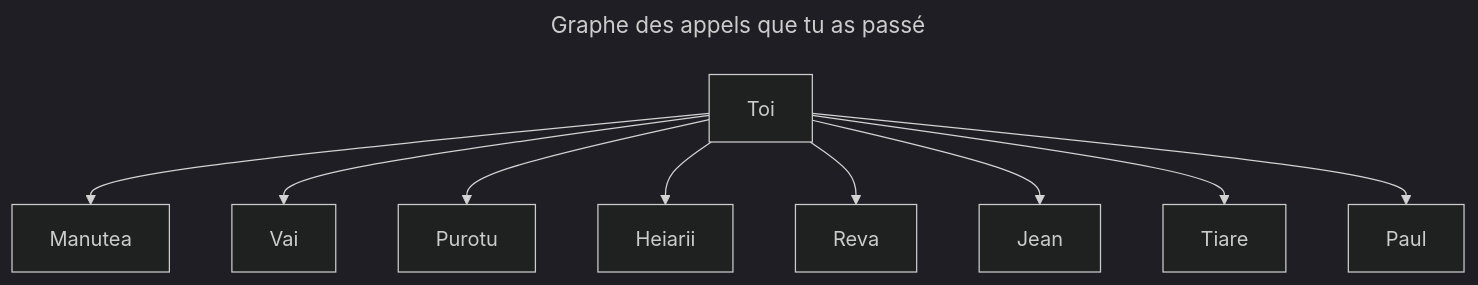
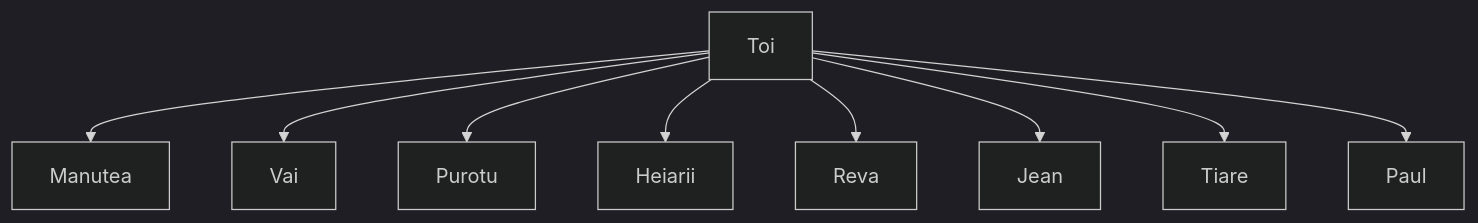
The second of 2 diagrams in content/posts/miroir-informatique-vraie-vie/structures-de-donnees/index.md (HUANGManutea/blog.dev), drawn with Mermaid (dark theme) before and after one commit. The commit also changed other lines of this file and 29 other files, not shown here.

```diff
--- a/content/posts/miroir-informatique-vraie-vie/structures-de-donnees/index.md
+++ b/content/posts/miroir-informatique-vraie-vie/structures-de-donnees/index.md
@@ -322,14 +323,11 @@
 {{< mermaid >}}
----
-title: Graphe des appels que tu as passé
----
 graph TD
     A[Toi] --> B[Manutea]
     A --> C[Vai]
     A --> D[Purotu]
     A --> E[Heiarii]
     A --> F[Reva]
     A --> G[Jean]
     A --> H[Tiare]
     A --> I[Paul]
 {{< /mermaid >}}
```
